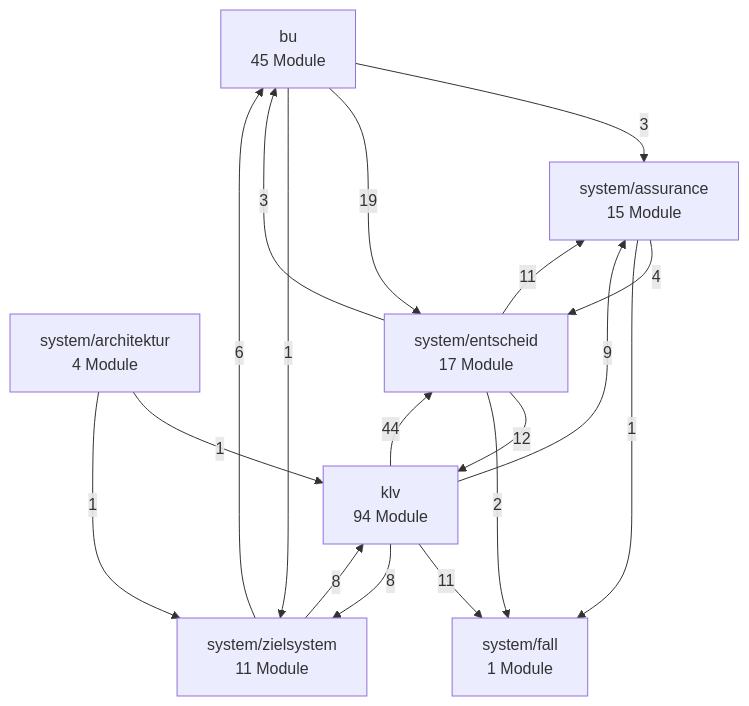
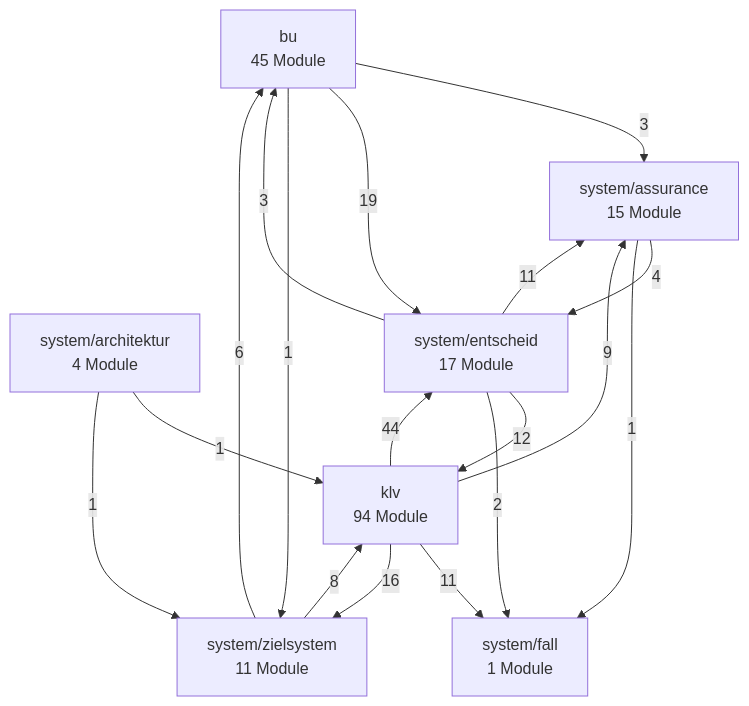
One commit to bartlmac/rechner-pipeline changed the second of 3 diagrams in docs/architektur/landkarte.md. Above: the diagram before and after it, drawn with Mermaid. The commit also changed other lines of this file and 17 other files, not shown here.

````diff
--- a/docs/architektur/landkarte.md
+++ b/docs/architektur/landkarte.md
@@ -85,28 +85,28 @@
 ```mermaid
 %% Fachknoten — erzeugt von ontologie.landkarte
 flowchart TD
     bu["bu<br/>45 Module"]
     klv["klv<br/>94 Module"]
     system_architektur["system/architektur<br/>4 Module"]
     system_assurance["system/assurance<br/>15 Module"]
     system_entscheid["system/entscheid<br/>17 Module"]
     system_fall["system/fall<br/>1 Module"]
     system_zielsystem["system/zielsystem<br/>11 Module"]
     bu -- 3 --> system_assurance
     bu -- 19 --> system_entscheid
     bu -- 1 --> system_zielsystem
     klv -- 9 --> system_assurance
     klv -- 44 --> system_entscheid
     klv -- 11 --> system_fall
-    klv -- 8 --> system_zielsystem
+    klv -- 16 --> system_zielsystem
     system_architektur -- 1 --> klv
     system_architektur -- 1 --> system_zielsystem
     system_assurance -- 4 --> system_entscheid
     system_assurance -- 1 --> system_fall
     system_entscheid -- 3 --> bu
     system_entscheid -- 12 --> klv
     system_entscheid -- 11 --> system_assurance
     system_entscheid -- 2 --> system_fall
     system_zielsystem -- 6 --> bu
     system_zielsystem -- 8 --> klv
 ```
````
